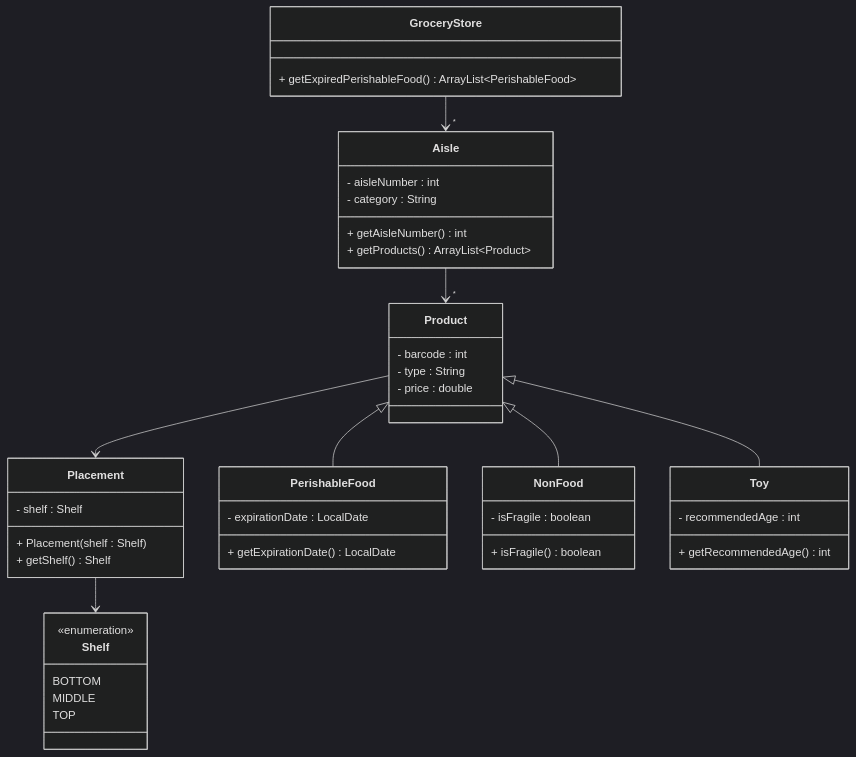
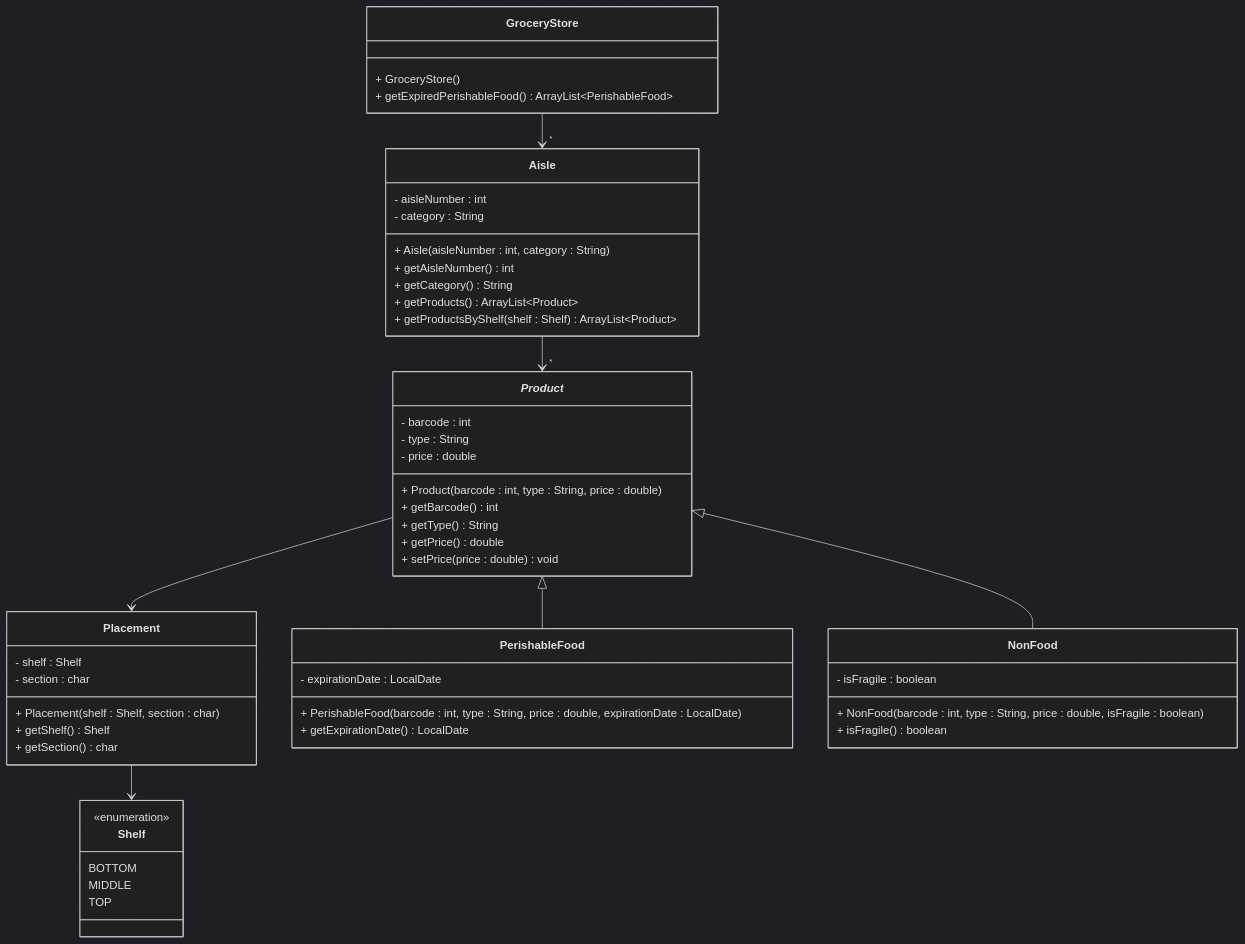
One commit to TroelsMortensen/Codelabs2 changed the diagram in Articles/Session 24 - Exam/005 Exercise 4 - Grocery Store.md. Above: the diagram before and after it, drawn with Mermaid (dark theme). The commit also changed other lines of this file and 9 other files, not shown here.

````diff
--- a/Articles/Session 24 - Exam/005 Exercise 4 - Grocery Store.md
+++ b/Articles/Session 24 - Exam/005 Exercise 4 - Grocery Store.md
@@ -5,55 +5,62 @@
 ```mermaid
 classDiagram
     class GroceryStore {
+        + GroceryStore()
         + getExpiredPerishableFood() ArrayList~PerishableFood~
     }
     
     class Aisle {
         - aisleNumber : int
         - category : String
+        + Aisle(aisleNumber : int, category : String)
         + getAisleNumber() int
+        + getCategory() String
         + getProducts() ArrayList~Product~
+        + getProductsByShelf(shelf : Shelf) ArrayList~Product~
     }
     
-    class Product {
+    class _Product_ {
         - barcode : int
         - type : String
         - price : double
+        + Product(barcode : int, type : String, price : double)
+        + getBarcode() int
+        + getType() String
+        + getPrice() double
+        + setPrice(price : double) void
     }
     
     class Placement {
         - shelf : Shelf
-        + Placement(shelf : Shelf)
+        - section : char
+        + Placement(shelf : Shelf, section : char)
         + getShelf() Shelf
+        + getSection() char
     }
     
     class Shelf {
         <<enumeration>>
         BOTTOM
         MIDDLE
         TOP
     }
     
     class PerishableFood {
         - expirationDate : LocalDate
+        + PerishableFood(barcode : int, type : String, price : double, expirationDate : LocalDate)
         + getExpirationDate() LocalDate
     }
     
     class NonFood {
         - isFragile : boolean
+        + NonFood(barcode : int, type : String, price : double, isFragile : boolean)
         + isFragile() boolean
     }
     
-    class Toy {
-        - recommendedAge : int
-        + getRecommendedAge() int
-    }
-    
     GroceryStore --> "*" Aisle
-    Aisle --> "*" Product
-    Product --> Placement
+    Aisle --> "*" _Product_
+    _Product_ --> Placement
     Placement --> Shelf
-    Product <|-- PerishableFood
-    Product <|-- NonFood
-    Product <|-- Toy
+    _Product_ <|-- PerishableFood
+    _Product_ <|-- NonFood
 ```
````
